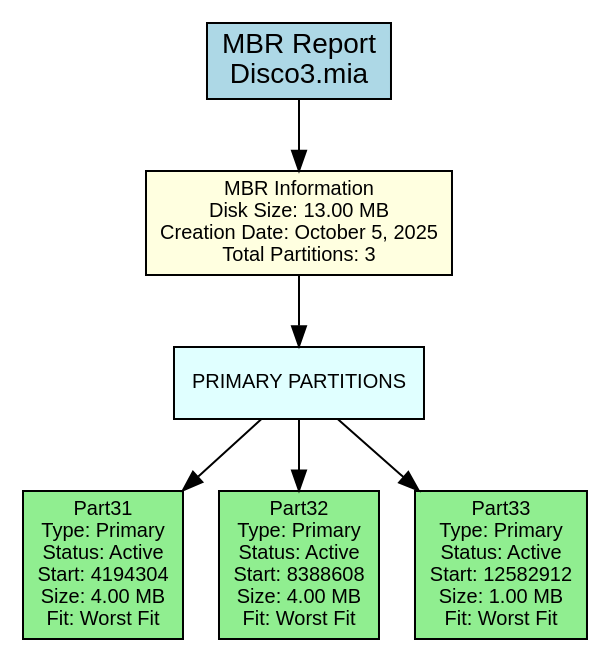
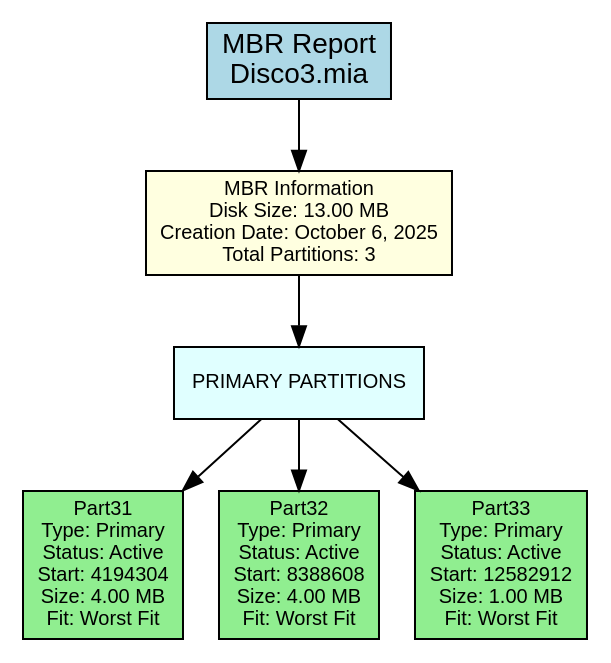
Before and after one commit to DiegVas/MIA_2S2025_P2_202300638: the diagram in backend/provider/reports/src/mbr_382B.dot, drawn with Graphviz. The commit also changed 24 other files, not shown here.

```diff
--- a/backend/provider/reports/src/mbr_382B.dot
+++ b/backend/provider/reports/src/mbr_382B.dot
@@ -1,22 +1,22 @@
 digraph MBR_Report {
     rankdir=TB;
     node [shape=box, style=filled];
     graph [fontname="Arial", fontsize=12];
     node [fontname="Arial", fontsize=10];
     edge [fontname="Arial"];
 
     title [label="MBR Report\nDisco3.mia", fillcolor=lightblue, fontsize=14];
 
-    mbr_info [label="MBR Information\nDisk Size: 13.00 MB\nCreation Date: October 5, 2025\nTotal Partitions: 3", fillcolor=lightyellow];
+    mbr_info [label="MBR Information\nDisk Size: 13.00 MB\nCreation Date: October 6, 2025\nTotal Partitions: 3", fillcolor=lightyellow];
 
     primary_section [label="PRIMARY PARTITIONS", shape=box, style=filled, fillcolor=lightcyan];
     primary_0 [label="Part31\nType: Primary\nStatus: Active\nStart: 4194304\nSize: 4.00 MB\nFit: Worst Fit", fillcolor=lightgreen];
     primary_section -> primary_0;
     primary_1 [label="Part32\nType: Primary\nStatus: Active\nStart: 8388608\nSize: 4.00 MB\nFit: Worst Fit", fillcolor=lightgreen];
     primary_section -> primary_1;
     primary_2 [label="Part33\nType: Primary\nStatus: Active\nStart: 12582912\nSize: 1.00 MB\nFit: Worst Fit", fillcolor=lightgreen];
     primary_section -> primary_2;
 
     title -> mbr_info;
     mbr_info -> primary_section;
 }
```
